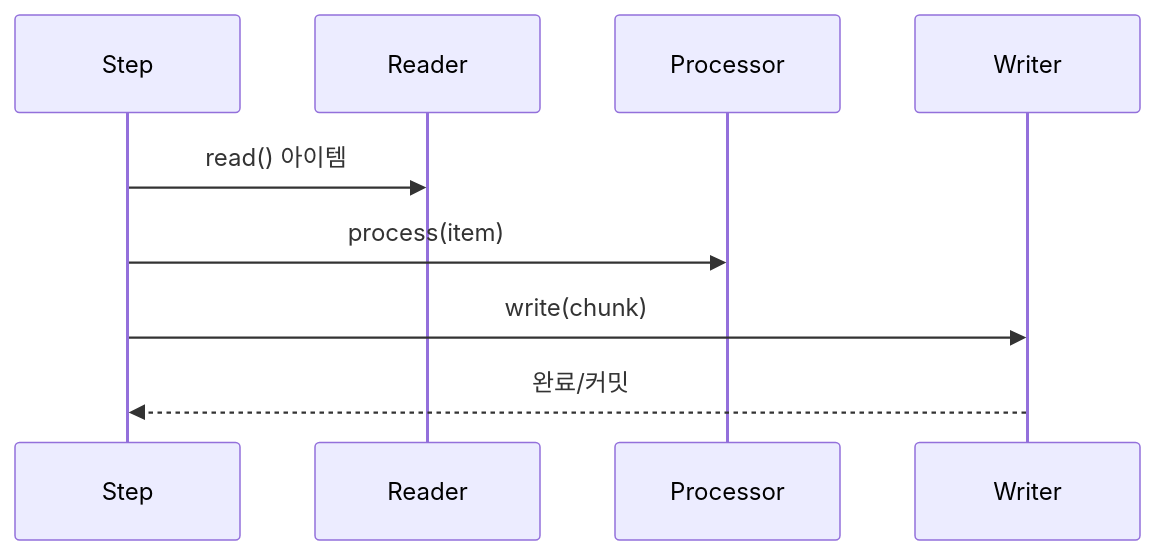
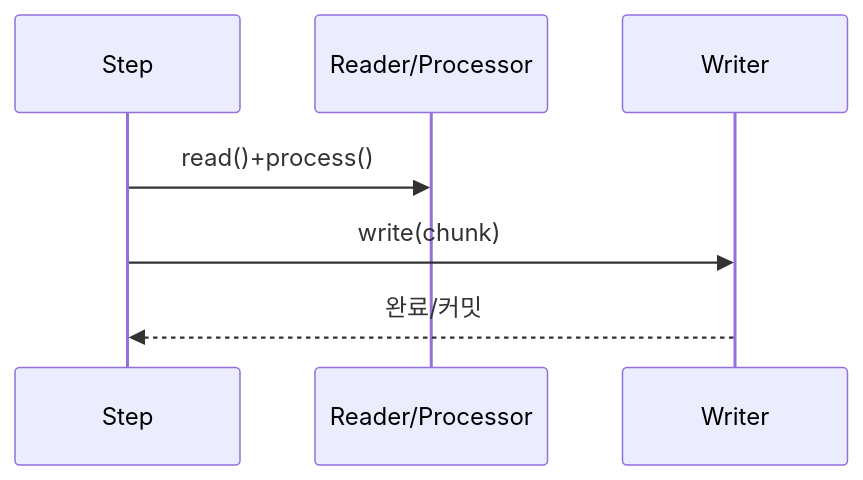
The fourth of 6 diagrams in _posts/spring/2026-05-02-spring-batch-deep.md (yjkim2015/yjkim2015.github.io), drawn with Mermaid before and after one commit. The commit also changed 48 other files, not shown here.

First line of the commit message:
Mermaid 최종 47건 수정: participant/노드/줄수/라벨 전부 기준 이하

````diff
--- a/_posts/spring/2026-05-02-spring-batch-deep.md
+++ b/_posts/spring/2026-05-02-spring-batch-deep.md
@@ -97,11 +97,9 @@
 ```mermaid
 sequenceDiagram
     participant S as Step
-    participant R as Reader
-    participant P as Processor
+    participant R as Reader/Processor
     participant W as Writer
-    S->>R: read() 아이템
-    S->>P: process(item)
+    S->>R: read()+process()
     S->>W: write(chunk)
     W-->>S: 완료/커밋
 ```
````
